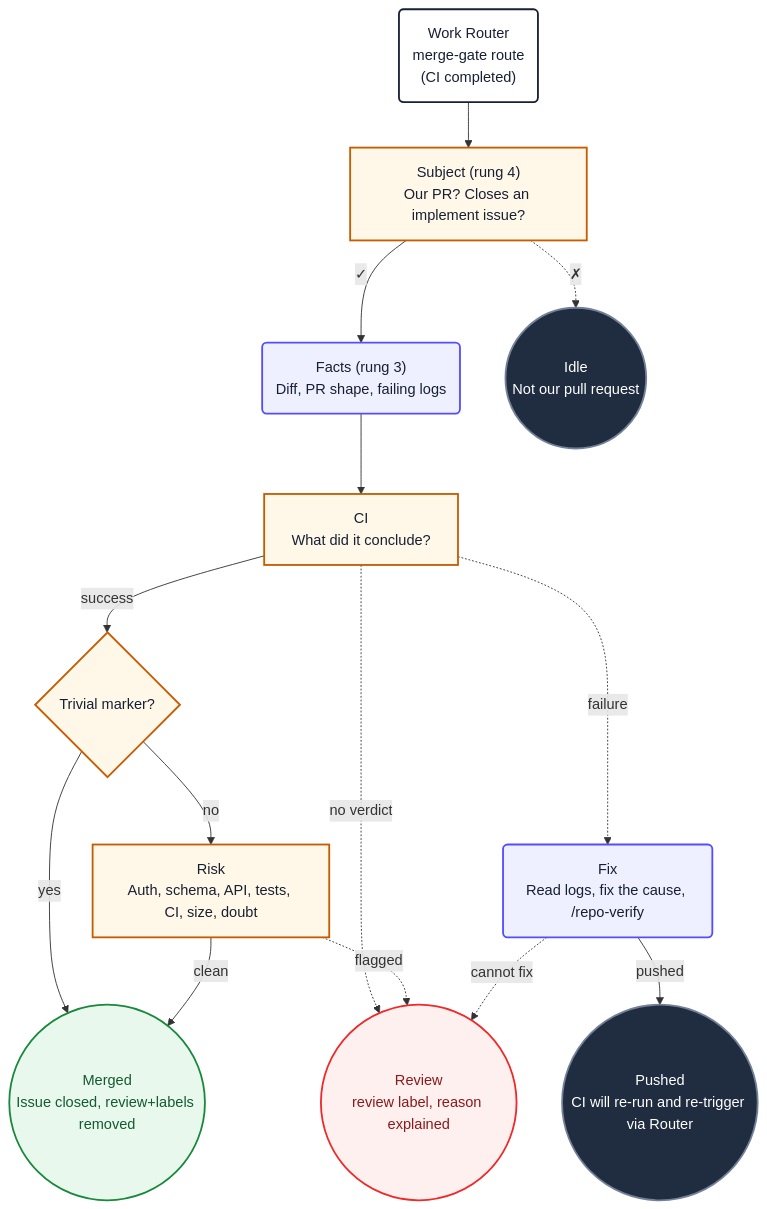
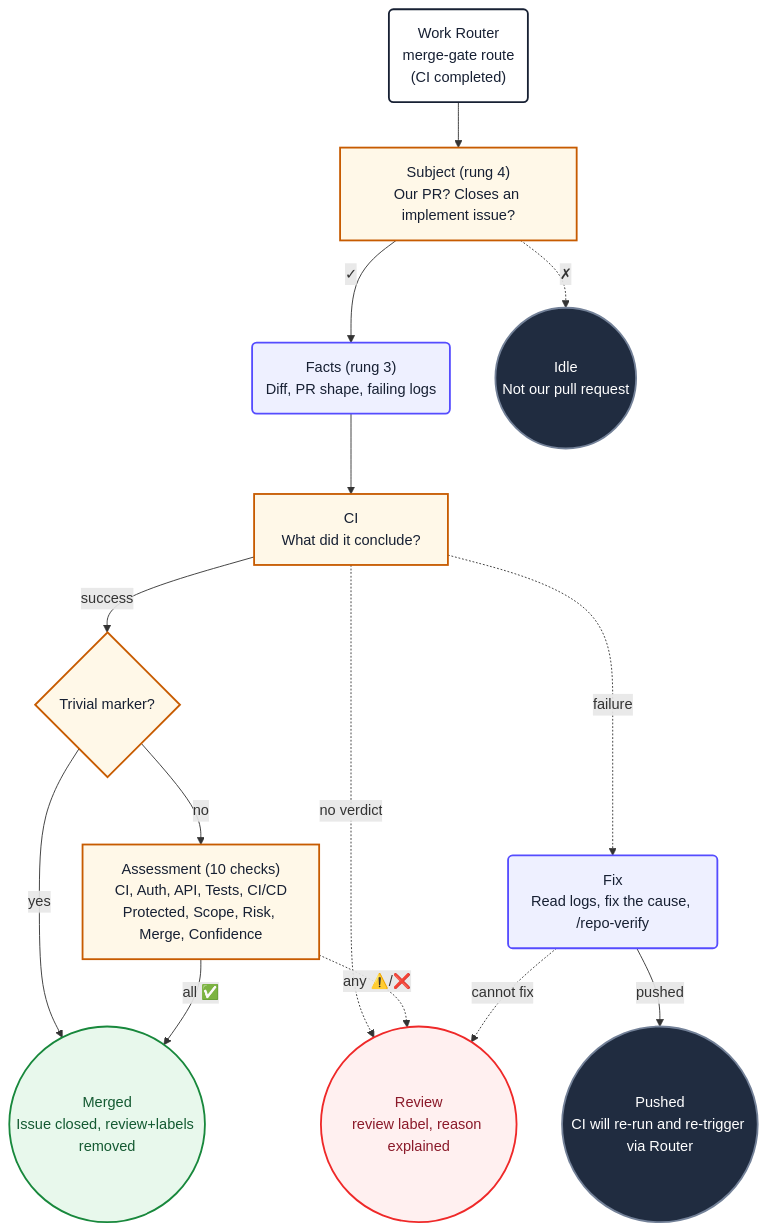
The diagram in cli/loops/workflows/agent-merge-gate.md (PlainConceptsPlatform/agentic-workflows), drawn with Mermaid before and after one commit. The commit also changed other lines of this file and 2 other files, not shown here.

First line of the commit message:
feat: structured 10-check merge-gate assessment table

````diff
--- a/cli/loops/workflows/agent-merge-gate.md
+++ b/cli/loops/workflows/agent-merge-gate.md
@@ -551,34 +617,34 @@
 ```mermaid
 flowchart TD
     gateStart("Work Router<br/>merge-gate route<br/>(CI completed)") --> gateSubject
     gateSubject["Subject (rung 4)<br/>Our PR? Closes an implement issue?"] -->|✓| gateFacts
     gateSubject -.->|✗| gateIdle
     gateFacts("Facts (rung 3)<br/>Diff, PR shape, failing logs") --> gateCi
     gateCi["CI<br/>What did it conclude?"] -->|success| gateTrivial
     gateTrivial{"Trivial marker?"}
     gateTrivial -->|yes| gateMerge
-    gateTrivial -->|no| gateRisk
+    gateTrivial -->|no| gateAssess
     gateCi -.->|failure| gateFix
     gateCi -.->|no verdict| gateHuman
-    gateRisk["Risk<br/>Auth, schema, API, tests, CI, size, doubt"] -->|clean| gateMerge
-    gateRisk -.->|flagged| gateHuman
+    gateAssess["Assessment (10 checks)<br/>CI, Auth, API, Tests, CI/CD<br/>Protected, Scope, Risk, Merge, Confidence"] -->|all ✅| gateMerge
+    gateAssess -.->|any ⚠️/❌| gateHuman
     gateFix("Fix<br/>Read logs, fix the cause, /repo-verify") -->|pushed| gateWait
     gateFix -.->|cannot fix| gateHuman
     gateMerge(("Merged<br/>Issue closed, review+labels removed"))
     gateWait(("Pushed<br/>CI will re-run and re-trigger via Router"))
     gateHuman(("Review<br/>review label, reason explained"))
     gateIdle(("Idle<br/>Not our pull request"))
 
     classDef start fill:#ffffff,stroke:#172033,stroke-width:2px,color:#172033
     classDef action fill:#eef0ff,stroke:#554cff,stroke-width:2px,color:#172033
     classDef decision fill:#fff8e8,stroke:#c75b00,stroke-width:2px,color:#172033
     classDef idle fill:#202c40,stroke:#738198,stroke-width:2px,color:#ffffff
-    classDef failure fill:#fff0f0,stroke:#ef2929,stroke-width:2px,color:#8b1a1a
+    classDef failure fill:#fff0f0,stroke:#ef2929,stroke-width:2px,color:#8b1a2a
     classDef success fill:#e8f8ec,stroke:#18883c,stroke-width:2px,color:#145a32
     class gateStart start
     class gateFacts,gateFix action
-    class gateSubject,gateCi,gateRisk,gateTrivial decision
+    class gateSubject,gateCi,gateAssess,gateTrivial decision
     class gateIdle,gateWait idle
     class gateHuman failure
     class gateMerge success
 ```
````
